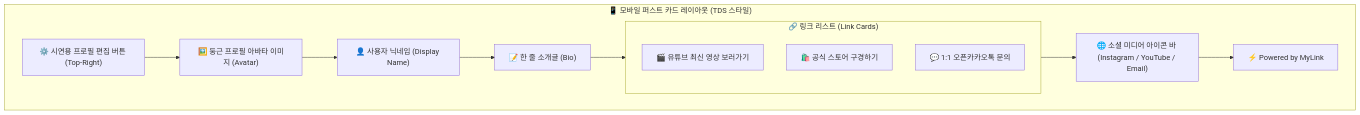
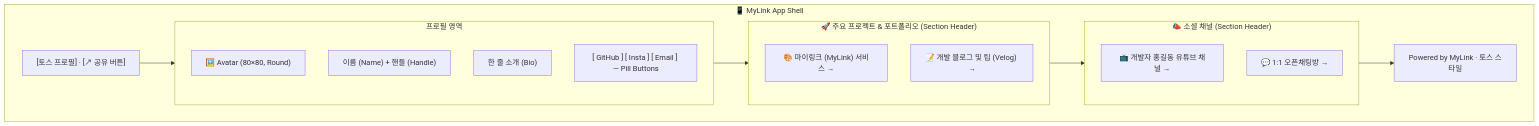
One commit to junseok1028/mylink changed the second of 2 diagrams in docs/PRD.md. Above: the diagram before and after it, drawn with Mermaid. The commit also changed other lines of this file and 13 other files, not shown here.

Commit message:
feat: redesign page based on wireframe with sections, pill social badges, and link cards with descriptions

````diff
--- a/docs/PRD.md
+++ b/docs/PRD.md
@@ -69,25 +87,30 @@
 ```mermaid
 flowchart TD
-    subgraph MobileContainer["📱 모바일 퍼스트 카드 레이아웃 (TDS 스타일)"]
-        TopNav["⚙️ 시연용 프로필 편집 버튼 (Top-Right)"]
-        Avatar["🖼️ 둥근 프로필 아바타 이미지 (Avatar)"]
-        Title["👤 사용자 닉네임 (Display Name)"]
-        Bio["📝 한 줄 소개글 (Bio)"]
-        
-        subgraph LinkCards["🔗 링크 리스트 (Link Cards)"]
-            Link1["🎬 유튜브 최신 영상 보러가기"]
-            Link2["🛍️ 공식 스토어 구경하기"]
-            Link3["💬 1:1 오픈카카오톡 문의"]
+    subgraph Shell["📱 MyLink App Shell"]
+        TopBar["[토스 프로필]  ·  [↗ 공유 버튼]"]
+
+        subgraph Profile["프로필 영역"]
+            Avatar["🖼️ Avatar (80×80, Round)"]
+            NameHandle["이름 (Name) + 핸들 (Handle)"]
+            Bio["한 줄 소개 (Bio)"]
+            SocialBadges["[ GitHub ] [ Insta ] [ Email ] — Pill Buttons"]
         end
-        
-        Socials["🌐 소셜 미디어 아이콘 바 (Instagram / YouTube / Email)"]
-        Footer["⚡ Powered by MyLink"]
+
+        subgraph Section1["🚀 주요 프로젝트 & 포트폴리오 (Section Header)"]
+            Link1["🎨 마이링크 (MyLink) 서비스 →"]
+            Link2["📝 개발 블로그 및 팁 (Velog) →"]
+        end
+
+        subgraph Section2["📣 소셜 채널 (Section Header)"]
+            Link3["📺 개발자 홍길동 유튜브 채널 →"]
+            Link4["💬 1:1 오픈채팅방 →"]
+        end
+
+        Footer["Powered by MyLink · 토스 스타일"]
     end
 
-    TopNav --> Avatar
-    Avatar --> Title
-    Title --> Bio
-    Bio --> LinkCards
-    LinkCards --> Socials
-    Socials --> Footer
+    TopBar --> Profile
+    Profile --> Section1
+    Section1 --> Section2
+    Section2 --> Footer
 ```
````
